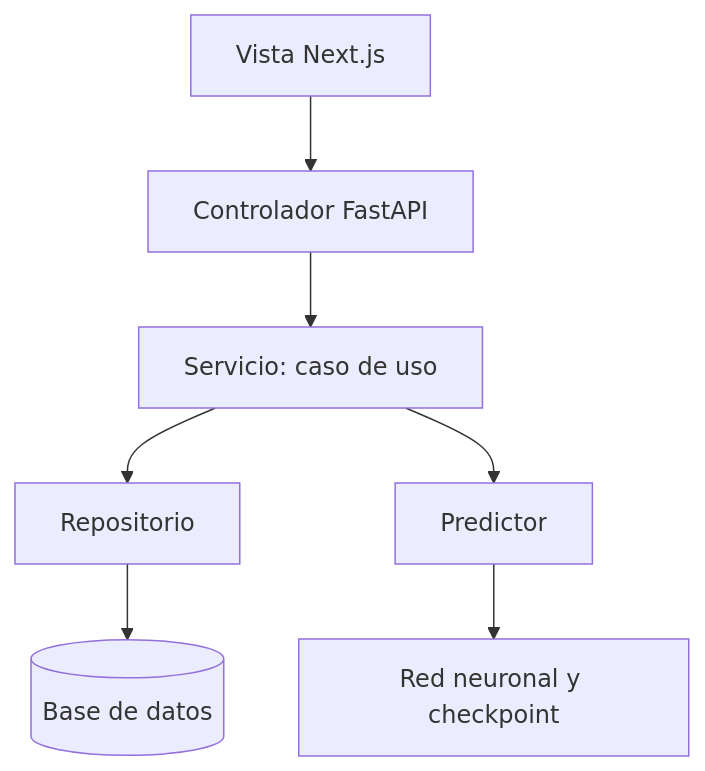
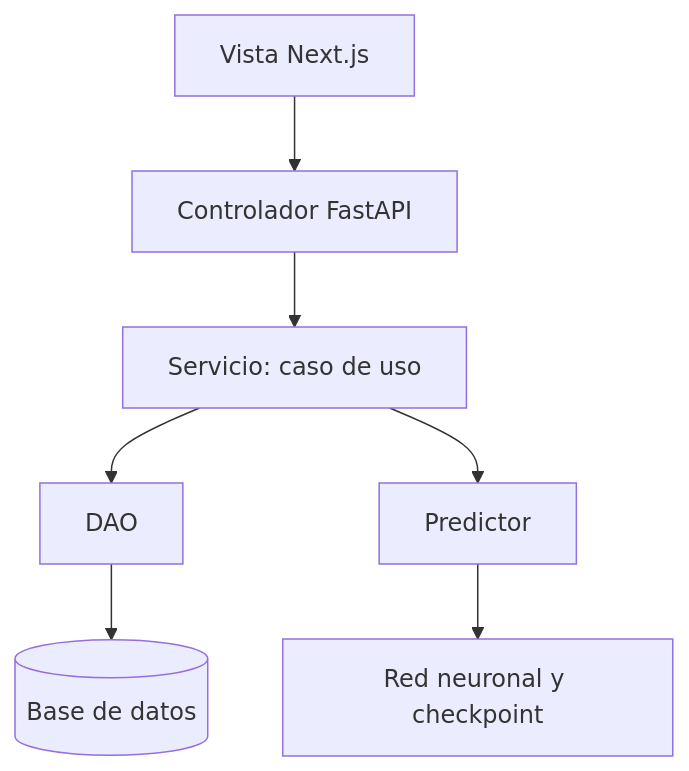
The first of 2 diagrams in docs/ARQUITECTURA.md (ValentinFranco08/BolivarReporte), drawn with Mermaid before and after one commit. The commit also changed other lines of this file and 106 other files, not shown here.

````diff
--- a/docs/ARQUITECTURA.md
+++ b/docs/ARQUITECTURA.md
@@ -15,9 +15,9 @@
 ```mermaid
 flowchart TD
     V[Vista Next.js] --> C[Controlador FastAPI]
     C --> S[Servicio: caso de uso]
-    S --> R[Repositorio]
+    S --> R[DAO]
     R --> D[(Base de datos)]
     S --> P[Predictor]
     P --> N[Red neuronal y checkpoint]
 ```
````
